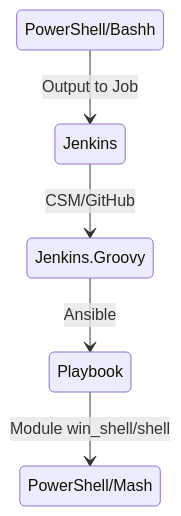
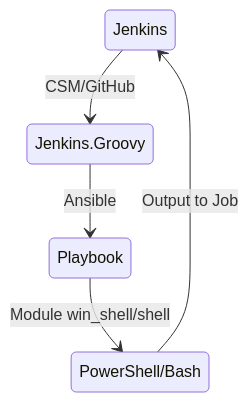
Before and after one commit to Lifailon/Deploy-PS-Module: the diagram in README.md, drawn with Mermaid.

Commit message:
test state

````diff
--- a/README.md
+++ b/README.md
@@ -7,7 +7,7 @@
 ```mermaid
 stateDiagram-v2
     Jenkins --> Jenkins.Groovy: CSM/GitHub
     Jenkins.Groovy --> Playbook: Ansible
-    Playbook --> PowerShell/Mash: Module win_shell/shell
-    PowerShell/Bashh --> Jenkins: Output to Job
+    Playbook --> PowerShell/Bash: Module win_shell/shell
+    PowerShell/Bash --> Jenkins: Output to Job
 ```
````
